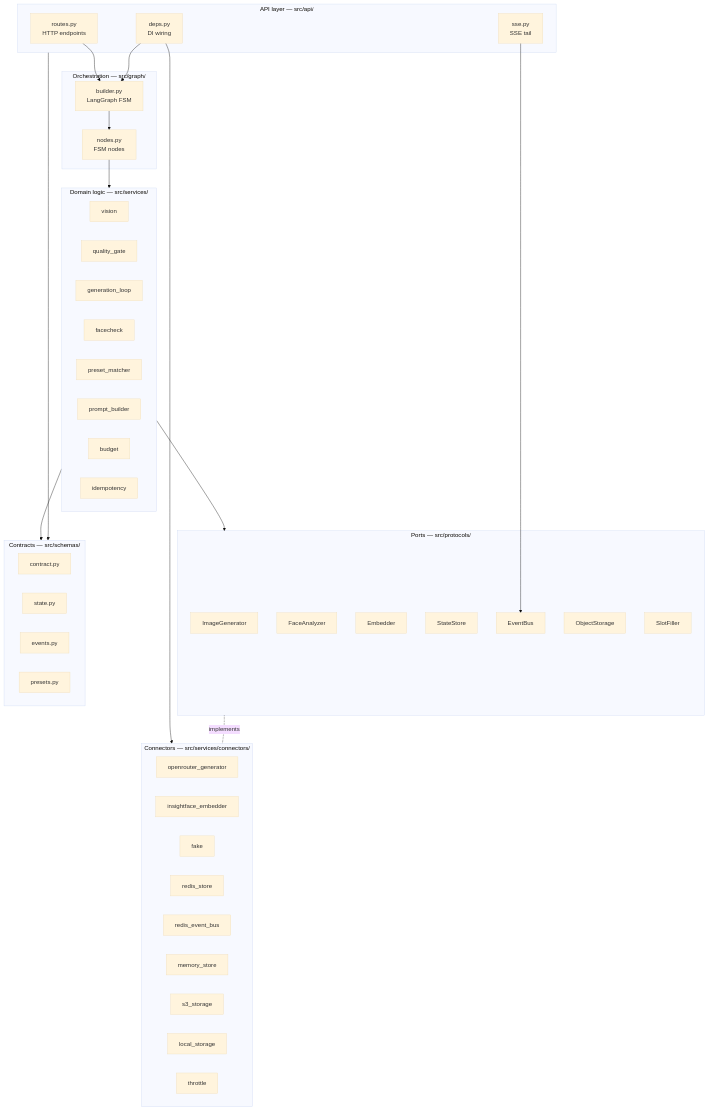
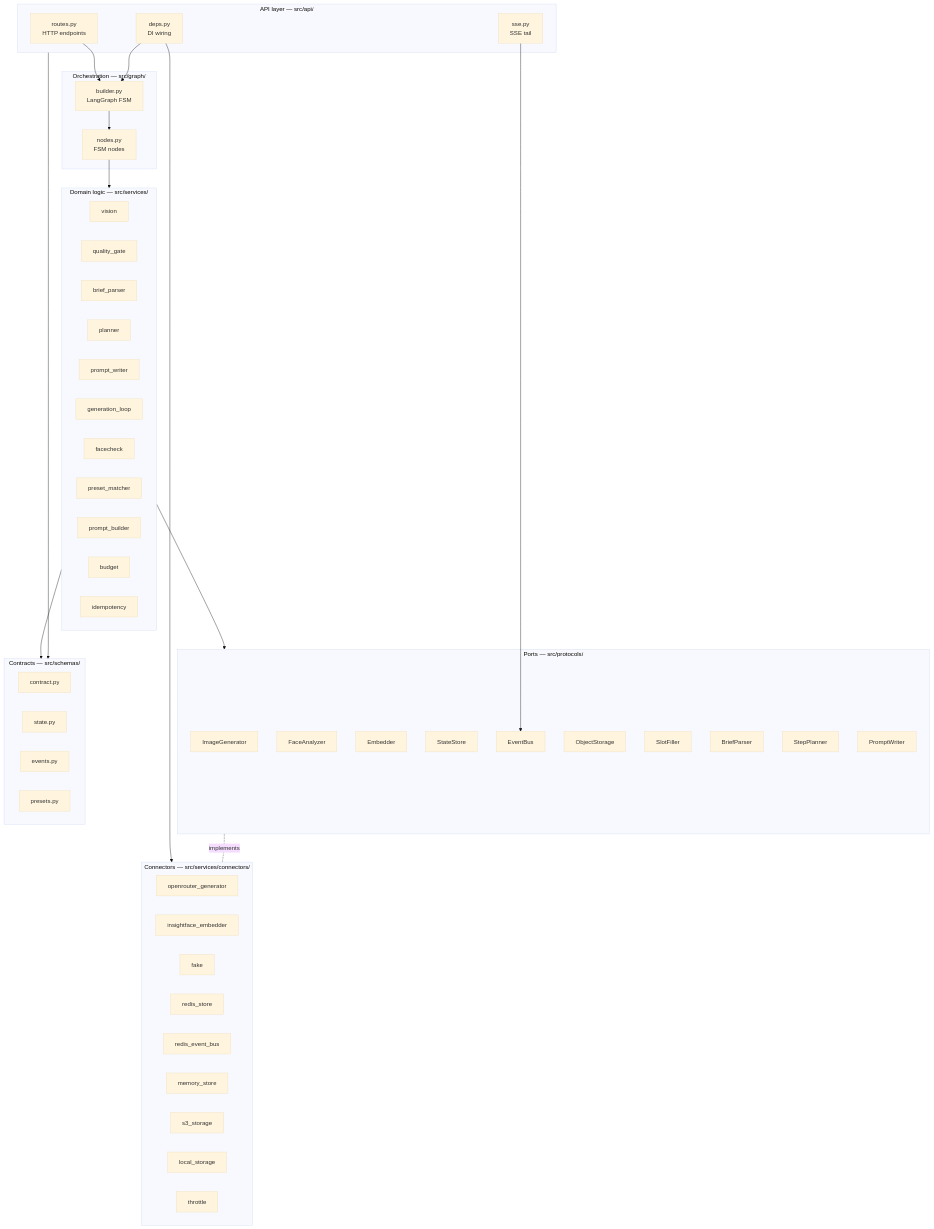
The diagram in docs/architecture.md (ErikRusanov/Shoot-Craft-AI-Agent), drawn with Mermaid (base theme) before and after one commit. The commit also changed other lines of this file and 11 other files, not shown here.

First line of the commit message:
(feat): presets schema v4 + docs for the brief-driven pipeline

````diff
--- a/docs/architecture.md
+++ b/docs/architecture.md
@@ -7,64 +7,70 @@
 ```mermaid
 graph TB
     subgraph api ["API layer — src/api/"]
         R[routes.py\nHTTP endpoints]
         S[sse.py\nSSE tail]
         D[deps.py\nDI wiring]
     end
 
     subgraph graph ["Orchestration — src/graph/"]
         B[builder.py\nLangGraph FSM]
         N[nodes.py\nFSM nodes]
     end
 
     subgraph services ["Domain logic — src/services/"]
         VS[vision]
         QG[quality_gate]
+        BP[brief_parser]
+        PL[planner]
+        PW[prompt_writer]
         GL[generation_loop]
         FC[facecheck]
         PM[preset_matcher]
         PB[prompt_builder]
         BU[budget]
         ID[idempotency]
     end
 
     subgraph protocols ["Ports — src/protocols/"]
         IG[ImageGenerator]
         FA[FaceAnalyzer]
         EM[Embedder]
         SS[StateStore]
         EB[EventBus]
         OS[ObjectStorage]
         SF[SlotFiller]
+        BPP[BriefParser]
+        SP[StepPlanner]
+        PWP[PromptWriter]
     end
 
     subgraph connectors ["Connectors — src/services/connectors/"]
         OR[openrouter_generator]
         IF[insightface_embedder]
         FK[fake]
         RS[redis_store]
         RE[redis_event_bus]
         MS[memory_store]
         S3[s3_storage]
         LS[local_storage]
         TH[throttle]
     end
 
     subgraph schemas ["Contracts — src/schemas/"]
         CT[contract.py]
         ST[state.py]
         EV[events.py]
         PR[presets.py]
     end
 
     R --> B
     S --> EB
     D --> connectors
     D --> B
     B --> N
     N --> services
     services --> protocols
     protocols -.implements.- connectors
     services --> schemas
     api --> schemas
 ```
````
